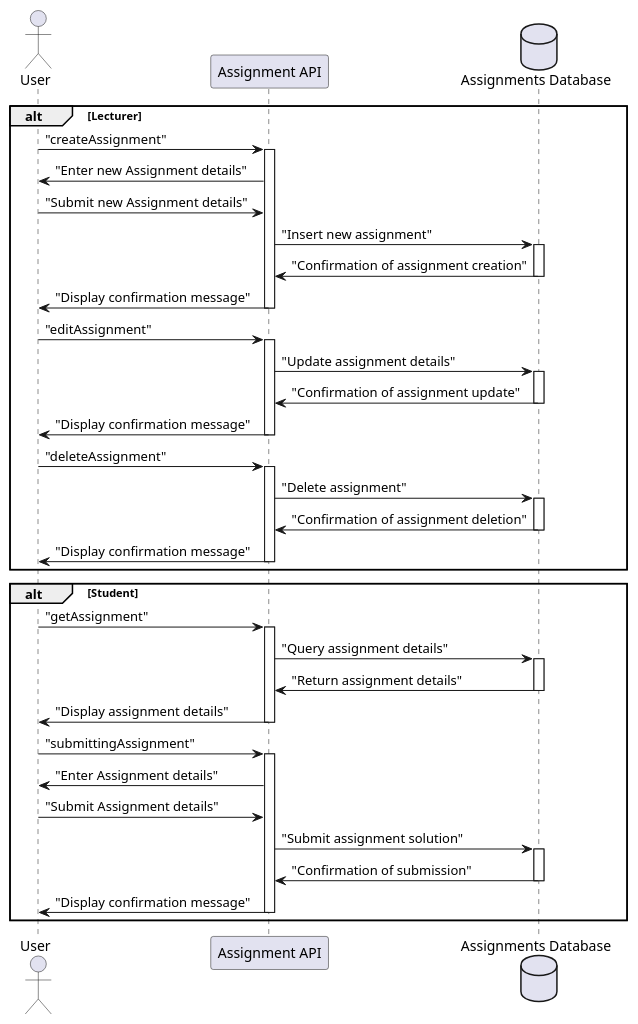
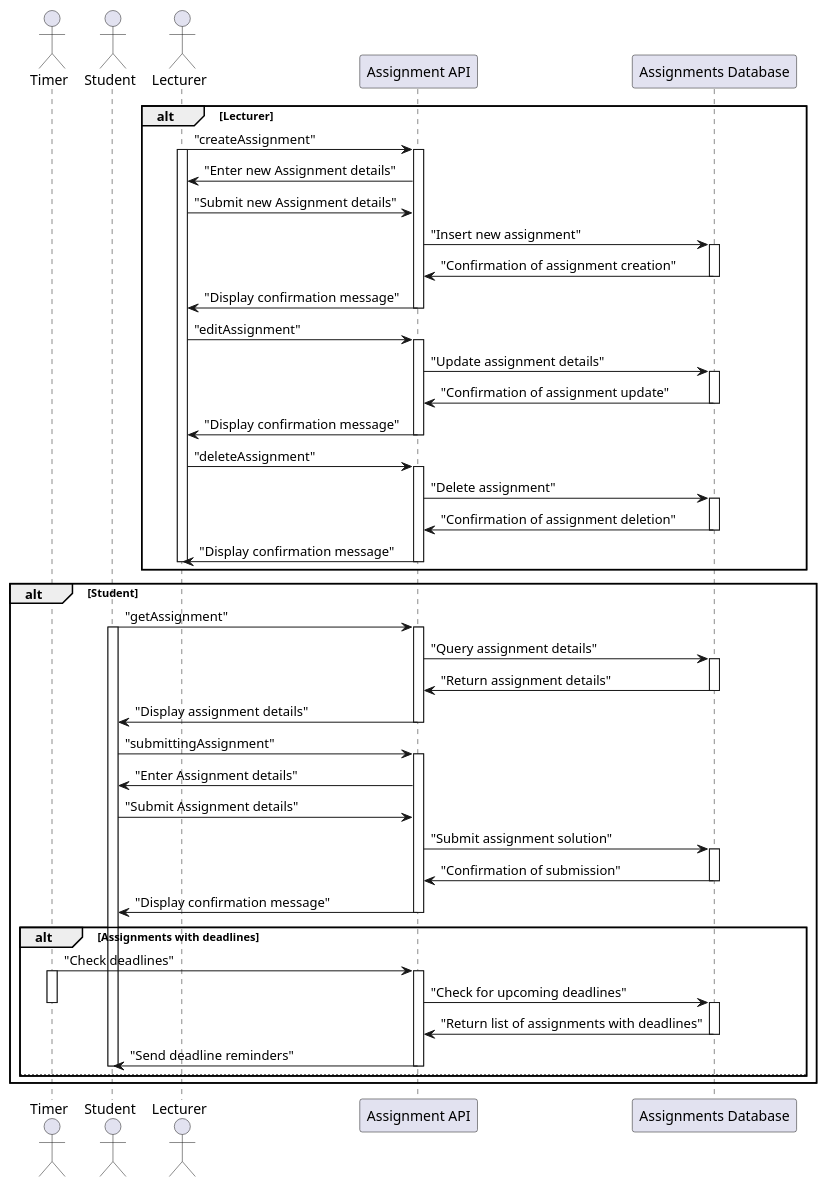
The diagram in מטלות.puml (SergBirarov/academiq-final-project), drawn with PlantUML before and after one commit. The commit also changed 4 other files, not shown here.

```diff
--- a/מטלות.puml
+++ b/מטלות.puml
@@ -1,57 +1,81 @@
 @startuml "מערכת מטלות"
-Actor User
+Actor Timer
+' Actor User
+Actor Student
+Actor Lecturer
 participant API as "Assignment API"
-database Database_Assignments as "Assignments Database"
+participant Database_Assignments as "Assignments Database"
+
 alt Lecturer
-User->API: "createAssignment"
+Lecturer->API: "createAssignment"
+activate Lecturer
 activate API
-API->User: "Enter new Assignment details"
-User->API: "Submit new Assignment details"
+API->Lecturer: "Enter new Assignment details"
+Lecturer->API: "Submit new Assignment details"
 API->Database_Assignments: "Insert new assignment"
 activate Database_Assignments
 Database_Assignments->API: "Confirmation of assignment creation"
 deactivate Database_Assignments
-API->User: "Display confirmation message"
+API->Lecturer: "Display confirmation message"
 deactivate API
 
-User->API: "editAssignment"
+Lecturer->API: "editAssignment"
 activate API
 API->Database_Assignments: "Update assignment details"
 activate Database_Assignments
 Database_Assignments->API: "Confirmation of assignment update"
 deactivate Database_Assignments
-API->User: "Display confirmation message"
+API->Lecturer: "Display confirmation message"
 deactivate API
 
-User->API: "deleteAssignment"
+Lecturer->API: "deleteAssignment"
 activate API
 API->Database_Assignments: "Delete assignment"
 activate Database_Assignments
 Database_Assignments->API: "Confirmation of assignment deletion"
 deactivate Database_Assignments
-API->User: "Display confirmation message"
+API->Lecturer: "Display confirmation message"
+deactivate Lecturer
 deactivate API
 end
 
 alt Student
-User->API: "getAssignment"
+Student->API: "getAssignment"
+activate Student
 activate API
 API->Database_Assignments: "Query assignment details"
 activate Database_Assignments
 Database_Assignments->API: "Return assignment details"
 deactivate Database_Assignments
-API->User: "Display assignment details"
+API->Student: "Display assignment details"
 deactivate API
 
-User->API: "submittingAssignment"
+
+Student->API: "submittingAssignment"
 activate API
-API->User: "Enter Assignment details"
-User->API: "Submit Assignment details"
+API->Student: "Enter Assignment details"
+Student->API: "Submit Assignment details"
 API->Database_Assignments: "Submit assignment solution"
 activate Database_Assignments
 Database_Assignments->API: "Confirmation of submission"
 deactivate Database_Assignments
-API->User: "Display confirmation message"
+API->Student: "Display confirmation message"
 deactivate API
+
+alt Assignments with deadlines
+Timer->API: "Check deadlines"
+activate API
+activate Timer
+API->Database_Assignments: "Check for upcoming deadlines"
+deactivate Timer
+activate Database_Assignments
+Database_Assignments->API: "Return list of assignments with deadlines"
+deactivate Database_Assignments
+API->Student: "Send deadline reminders"
+deactivate API
+else
+deactivate API
+deactivate Student
+end
 end
 @enduml
```
